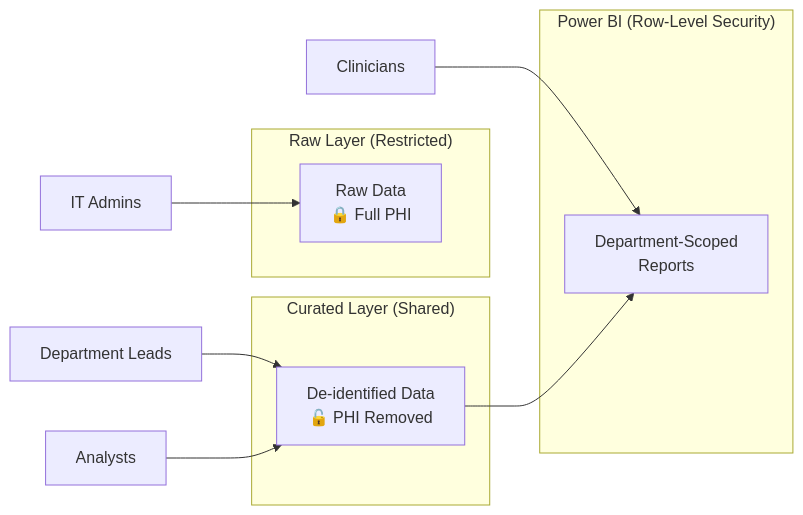
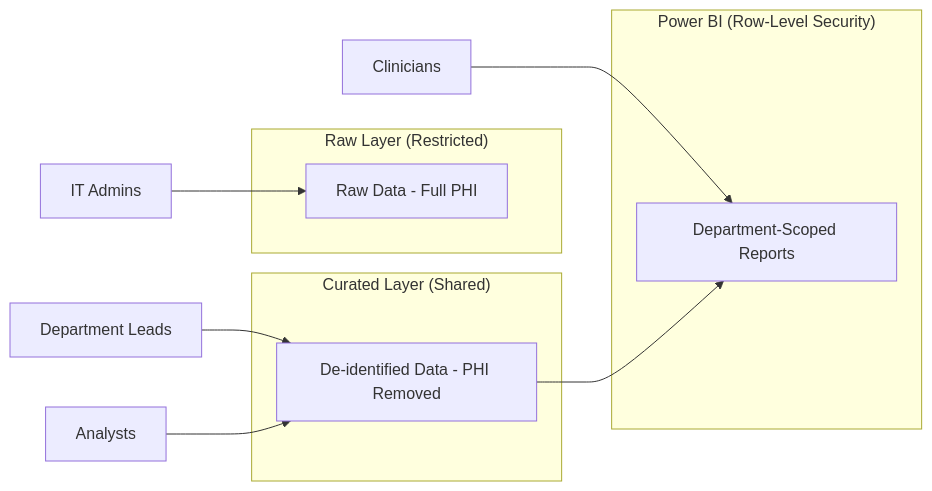
Before and after one commit to michaelhuot-msft/forms-to-fabric: the fifth of 5 diagrams in docs/architecture.md, drawn with Mermaid. The commit also changed other lines of this file and 12 other files, not shown here.

````diff
--- a/docs/architecture.md
+++ b/docs/architecture.md
@@ -210,20 +227,20 @@
 ```mermaid
 flowchart LR
     subgraph RawAccess["Raw Layer (Restricted)"]
-        raw_layer["Raw Data<br/>🔒 Full PHI"]
+        raw_layer["Raw Data - Full PHI"]
     end
 
     subgraph CuratedAccess["Curated Layer (Shared)"]
-        curated_layer["De-identified Data<br/>🔓 PHI Removed"]
+        curated_layer["De-identified Data - PHI Removed"]
     end
 
     subgraph PBIAccess["Power BI (Row-Level Security)"]
-        pbi_rls["Department-Scoped<br/>Reports"]
+        pbi_rls["Department-Scoped Reports"]
     end
 
     admin["IT Admins"] --> raw_layer
     leads["Department Leads"] --> curated_layer
     analysts["Analysts"] --> curated_layer
     clinicians["Clinicians"] --> pbi_rls
     curated_layer --> pbi_rls
 ```
````
